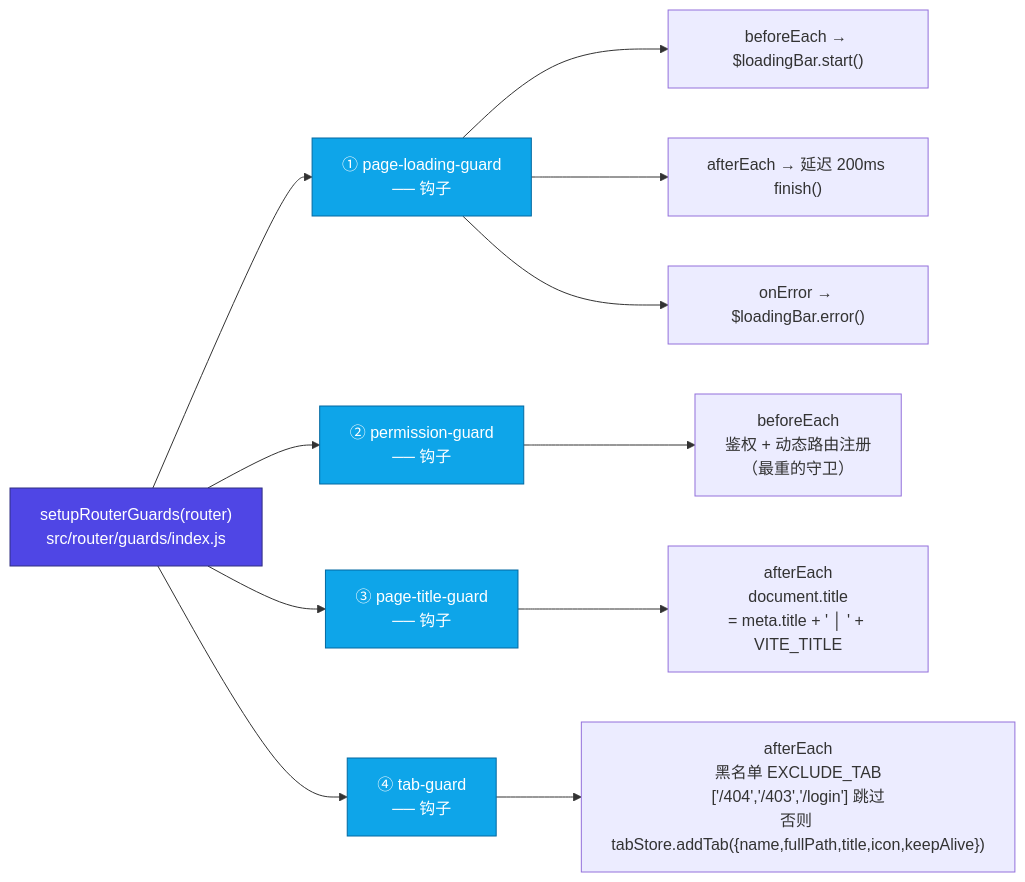
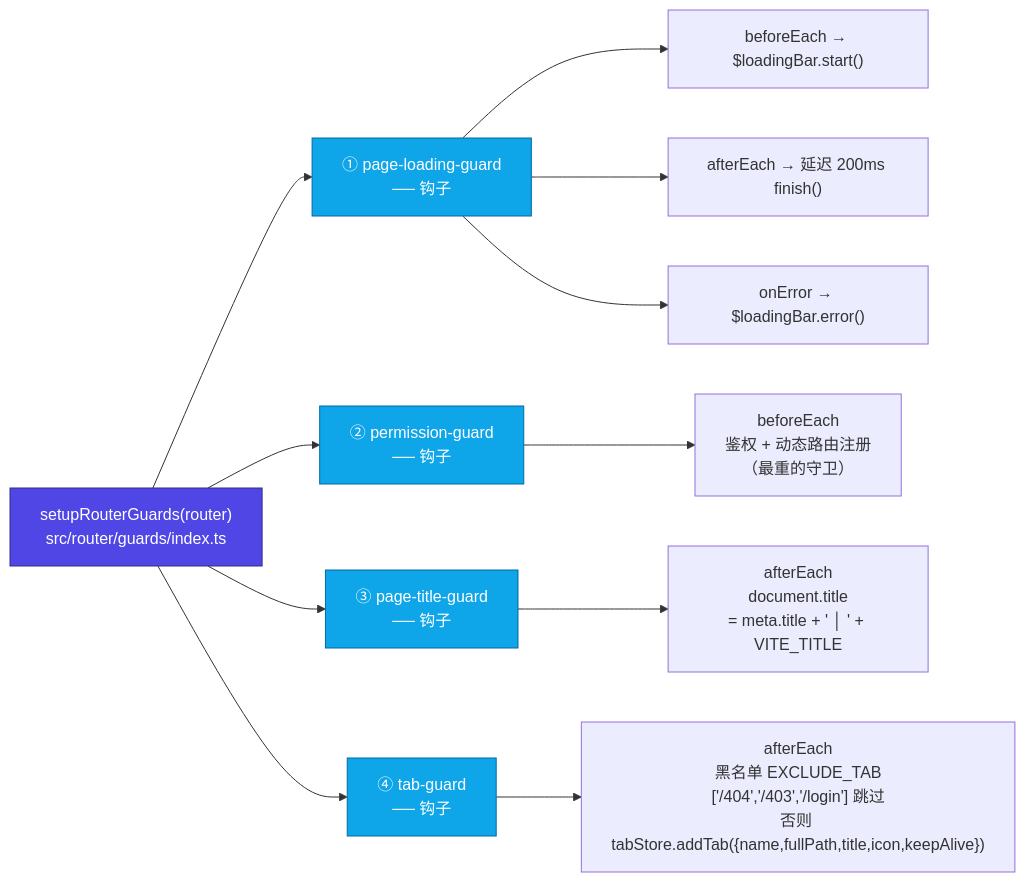
Before and after one commit to JiaxiLiang/vue-naive-admin: the eighth of 13 diagrams in docs/arch-overview.md, drawn with Mermaid. The commit also changed other lines of this file and 93 other files, not shown here.

````diff
--- a/docs/arch-overview.md
+++ b/docs/arch-overview.md
@@ -533,29 +533,29 @@
 ```mermaid
 flowchart LR
-    SETUP["setupRouterGuards(router)<br/>src/router/guards/index.js"]
+    SETUP["setupRouterGuards(router)<br/>src/router/guards/index.ts"]
 
     SETUP --> G1
     SETUP --> G2
     SETUP --> G3
     SETUP --> G4
 
     G1["① page-loading-guard<br/>── 钩子"]
     G2["② permission-guard<br/>── 钩子"]
     G3["③ page-title-guard<br/>── 钩子"]
     G4["④ tab-guard<br/>── 钩子"]
 
     G1 --> G1A["beforeEach → $loadingBar.start()"]
     G1 --> G1B["afterEach → 延迟 200ms finish()"]
     G1 --> G1C["onError → $loadingBar.error()"]
 
     G2 --> G2A["beforeEach<br/>鉴权 + 动态路由注册<br/>（最重的守卫）"]
 
     G3 --> G3A["afterEach<br/>document.title<br/>= meta.title + ' │ ' + VITE_TITLE"]
 
     G4 --> G4A["afterEach<br/>黑名单 EXCLUDE_TAB<br/>['/404','/403','/login'] 跳过<br/>否则 tabStore.addTab({name,fullPath,title,icon,keepAlive})"]
 
     classDef h fill:#4f46e5,stroke:#312e81,color:#fff
     classDef b fill:#0ea5e9,stroke:#0369a1,color:#fff
     class SETUP h
     class G1,G2,G3,G4 b
 ```
````
